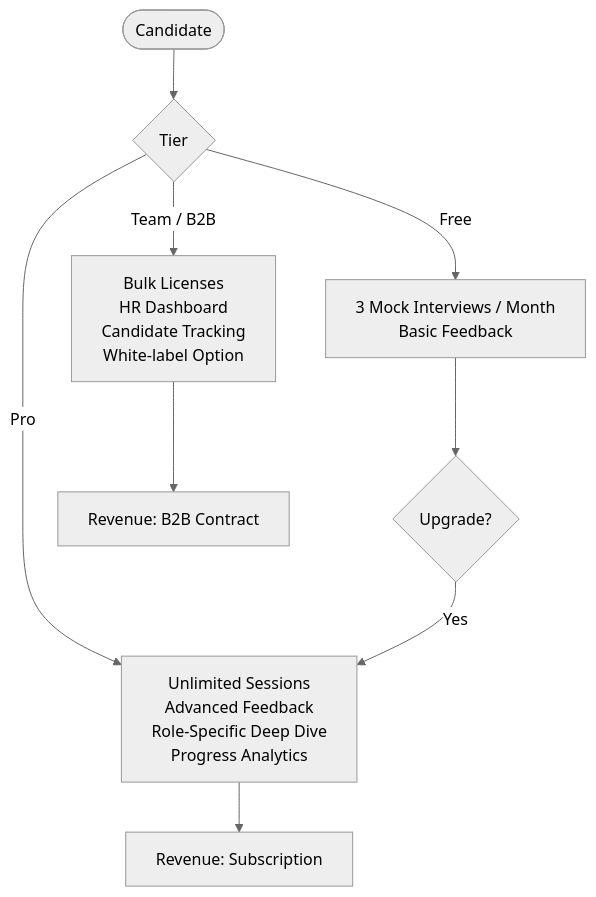
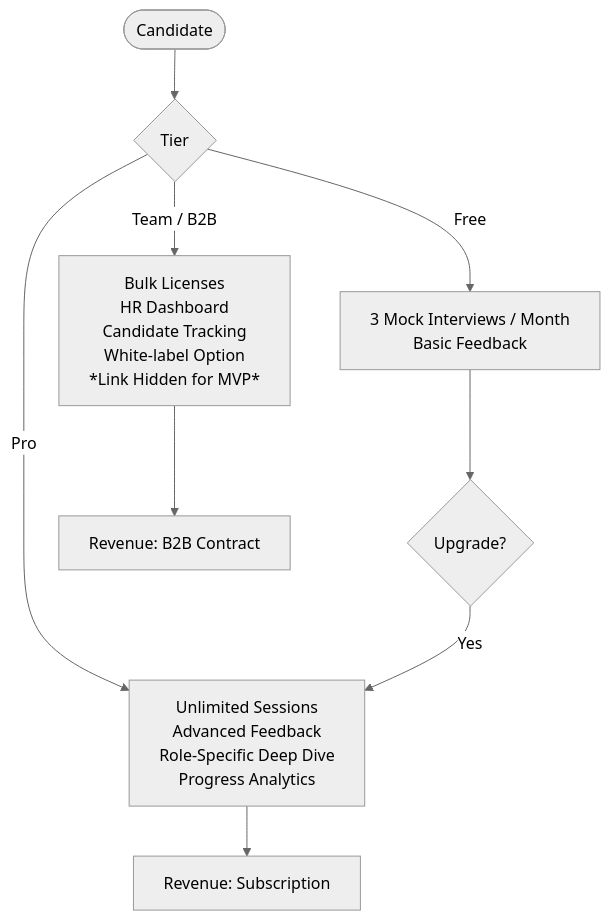
Before and after one commit to vickyvaf/interview-masters: the fifth of 7 diagrams in README.md, drawn with Mermaid (neutral theme). The commit also changed other lines of this file and 2 other files, not shown here.

Commit message:
docs: update spec, diagrams and database attributes to reflect voice focus and Mayar gateway

````diff
--- a/README.md
+++ b/README.md
@@ -306,12 +307,12 @@
 ```mermaid
 flowchart TD
     M1([Candidate]) --> M2{Tier}
     M2 -- Free --> M3[3 Mock Interviews / Month\nBasic Feedback]
     M2 -- Pro --> M4[Unlimited Sessions\nAdvanced Feedback\nRole-Specific Deep Dive\nProgress Analytics]
-    M2 -- Team / B2B --> M5[Bulk Licenses\nHR Dashboard\nCandidate Tracking\nWhite-label Option]
+    M2 -- Team / B2B --> M5[Bulk Licenses\nHR Dashboard\nCandidate Tracking\nWhite-label Option\n*Link Hidden for MVP*]
 
     M3 --> M6{Upgrade?}
     M6 -- Yes --> M4
     M4 --> M7[Revenue: Subscription]
     M5 --> M8[Revenue: B2B Contract]
 ```
````
